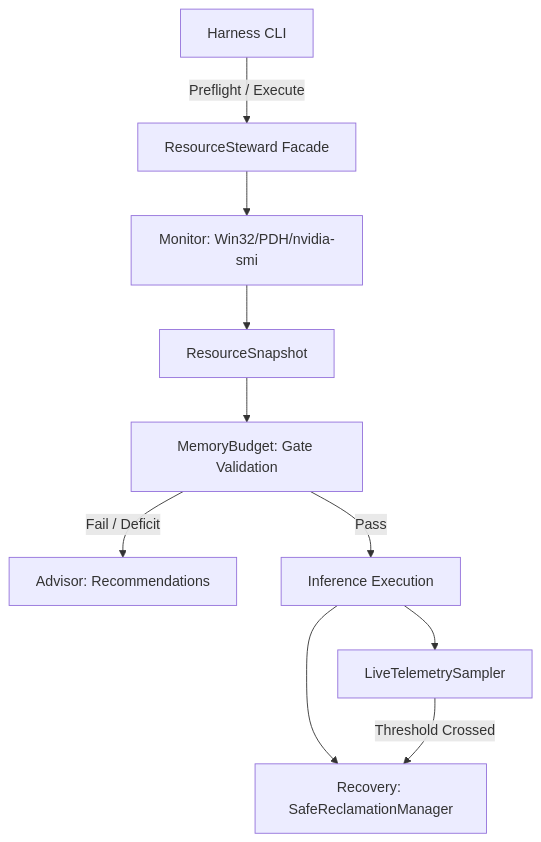
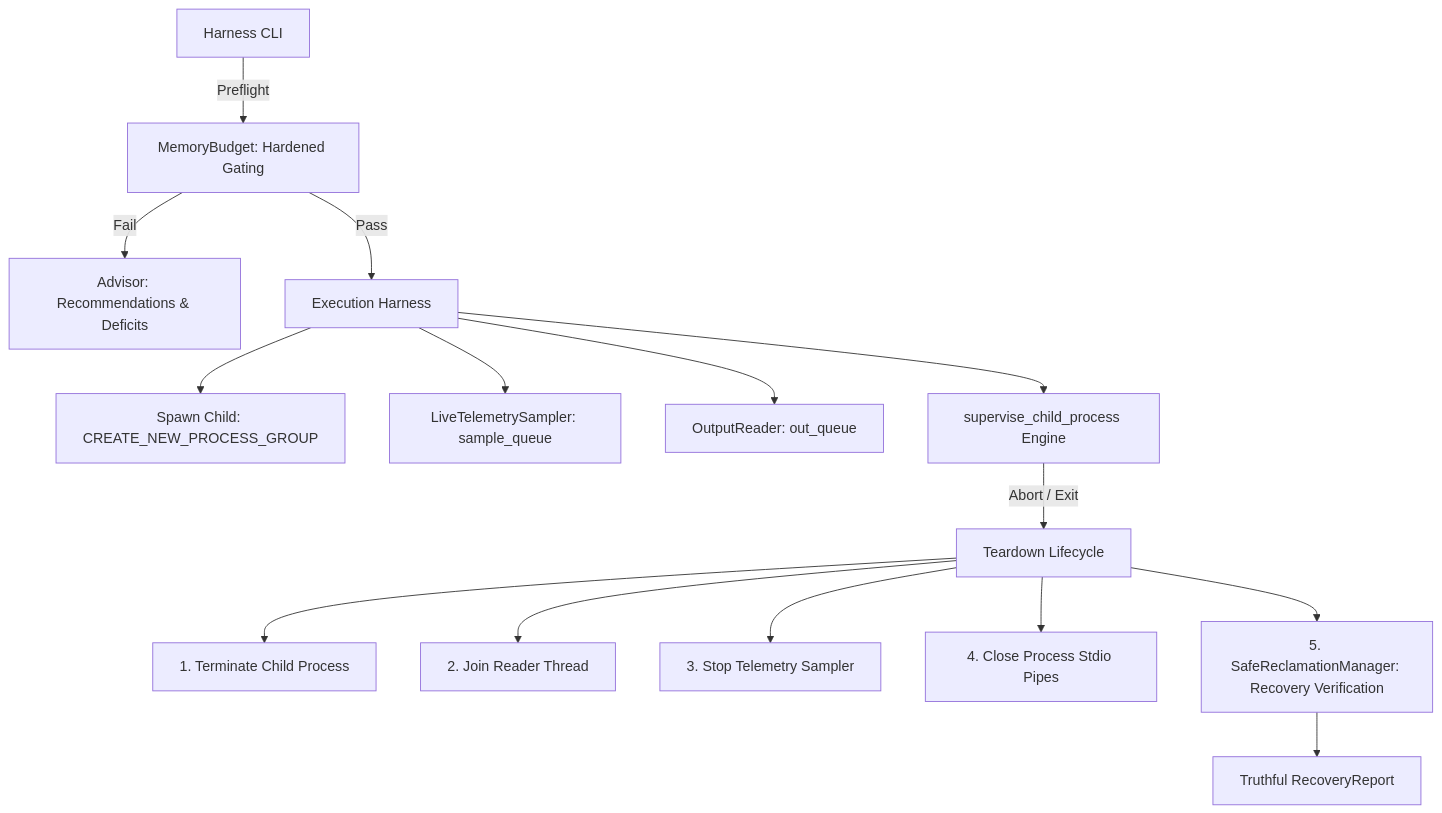
The diagram in reports/phase2c/RESOURCE_STEWARD_DESIGN.md (Imagen2dragon/NOVA-compute), drawn with Mermaid before and after one commit. The commit also changed other lines of this file and 18 other files, not shown here.

Commit message:
Phase 2C-B Final Stabilization: Decoupled supervisor engine, sample queue ordering, accurate Windows fixtures, and hardened commit gate

````diff
--- a/reports/phase2c/RESOURCE_STEWARD_DESIGN.md
+++ b/reports/phase2c/RESOURCE_STEWARD_DESIGN.md
@@ -41,12 +42,17 @@
 ```mermaid
 flowchart TD
-    CLI[Harness CLI] -->|Preflight / Execute| RS[ResourceSteward Facade]
-    RS --> Mon[Monitor: Win32/PDH/nvidia-smi]
-    Mon --> Snap[ResourceSnapshot]
-    Snap --> Budget[MemoryBudget: Gate Validation]
-    Budget -->|Fail / Deficit| Adv[Advisor: Recommendations]
-    Budget -->|Pass| Exec[Inference Execution]
-    Exec --> Rec[Recovery: SafeReclamationManager]
-    Exec --> Live[LiveTelemetrySampler]
-    Live -->|Threshold Crossed| Rec
+    CLI[Harness CLI] -->|Preflight| Budget[MemoryBudget: Hardened Gating]
+    Budget -->|Fail| Adv[Advisor: Recommendations & Deficits]
+    Budget -->|Pass| Harness[Execution Harness]
+    Harness --> Popen[Spawn Child: CREATE_NEW_PROCESS_GROUP]
+    Harness --> Sampler[LiveTelemetrySampler: sample_queue]
+    Harness --> Reader[OutputReader: out_queue]
+    Harness --> Sup[supervise_child_process Engine]
+    Sup -->|Abort / Exit| RecStage[Teardown Lifecycle]
+    RecStage --> Term[1. Terminate Child Process]
+    RecStage --> Drain[2. Join Reader Thread]
+    RecStage --> StopSamp[3. Stop Telemetry Sampler]
+    RecStage --> CloseP[4. Close Process Stdio Pipes]
+    RecStage --> RecVerif[5. SafeReclamationManager: Recovery Verification]
+    RecVerif --> Rep[Truthful RecoveryReport]
 ```
````
